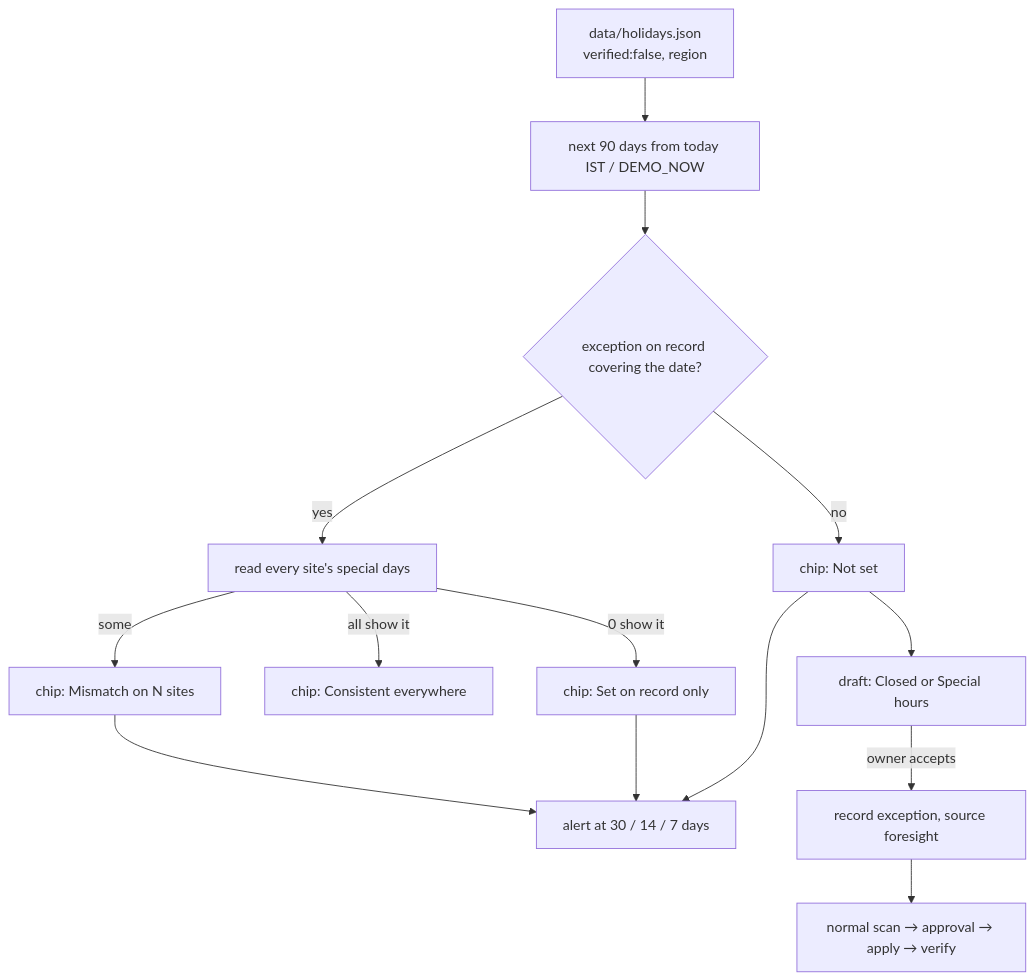
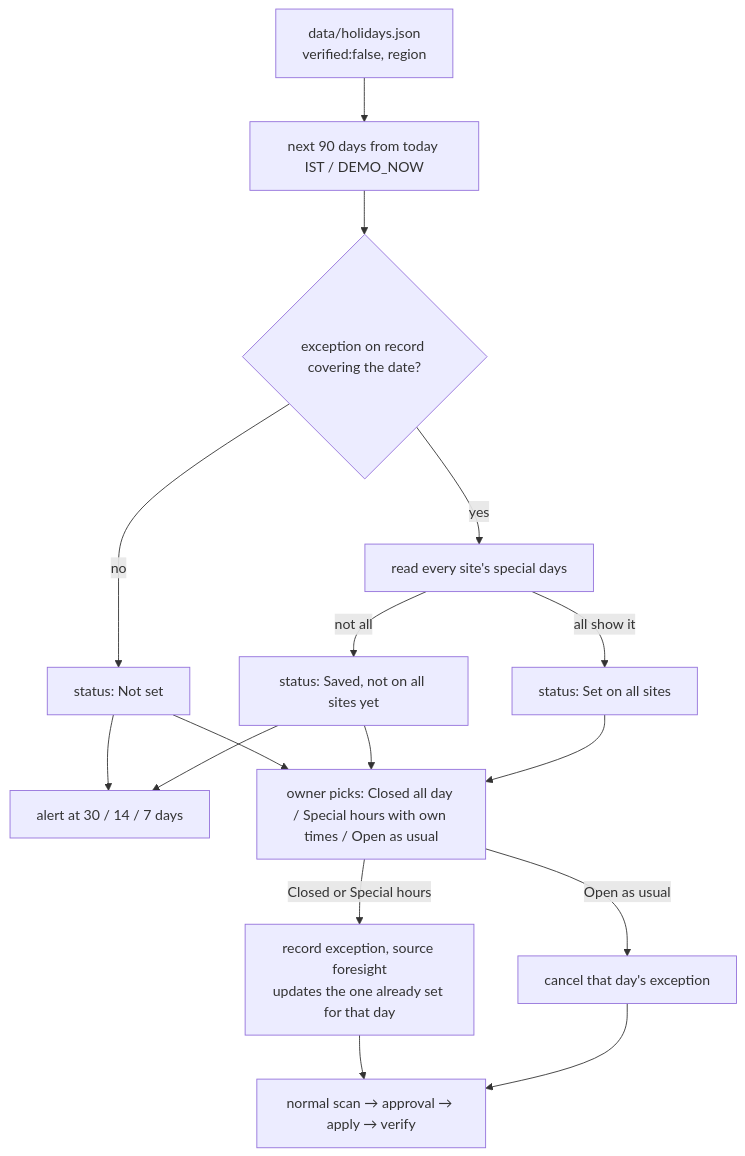
The sixth of 11 diagrams in docs/ARCHITECTURE.md (yourgrok/zirohacksub), drawn with Mermaid before and after one commit. The commit also changed other lines of this file and 28 other files, not shown here.

First line of the commit message:
Holidays tab: remove readiness score, add Closed / Special hours / Open as usual

````diff
--- a/docs/ARCHITECTURE.md
+++ b/docs/ARCHITECTURE.md
@@ -120,16 +120,18 @@
 ```mermaid
 flowchart TD
   H[data/holidays.json<br/>verified:false, region] --> W[next 90 days from today IST / DEMO_NOW]
   W --> C{exception on record covering the date?}
-  C -->|no| N[chip: Not set]
+  C -->|no| N[status: Not set]
   C -->|yes| S[read every site's special days]
-  S -->|0 show it| RO[chip: Set on record only]
-  S -->|all show it| OK[chip: Consistent everywhere]
-  S -->|some| MM[chip: Mismatch on N sites]
+  S -->|all show it| OK[status: Set on all sites]
+  S -->|not all| PA[status: Saved, not on all sites yet]
   N --> AL[alert at 30 / 14 / 7 days]
-  RO --> AL
-  MM --> AL
-  N --> DR[draft: Closed or Special hours]
-  DR -->|owner accepts| EX[record exception, source foresight]
+  PA --> AL
+  N --> BTN[owner picks: Closed all day / Special hours with own times / Open as usual]
+  PA --> BTN
+  OK --> BTN
+  BTN -->|Closed or Special hours| EX[record exception, source foresight<br/>updates the one already set for that day]
+  BTN -->|Open as usual| RM[cancel that day's exception]
   EX --> PIPE[normal scan → approval → apply → verify]
+  RM --> PIPE
 ```
````
